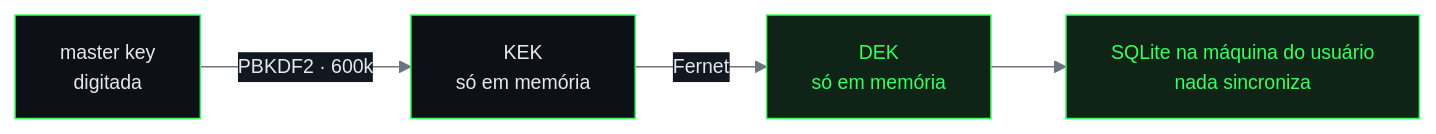
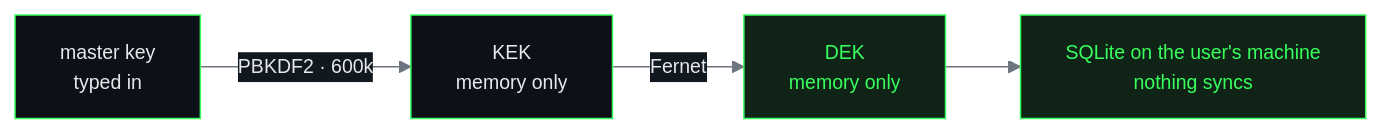
Before and after one commit to JonathanRibeiroSilva/JonathanRibeiroSilva: the second of 3 diagrams in README.md, drawn with Mermaid. The commit also changed other lines of this file and 6 other files, not shown here.

````diff
--- a/README.md
+++ b/README.md
@@ -251,9 +218,9 @@
 ```mermaid
 %%{init:{'theme':'base','themeVariables':{'primaryColor':'#0D1117','primaryTextColor':'#E6E8EC','primaryBorderColor':'#39FF5E','lineColor':'#6E7581','secondaryColor':'#111820','tertiaryColor':'#111820','clusterBkg':'#0A0E13','clusterBorder':'#2A3138','fontFamily':'ui-monospace, monospace','fontSize':'13px'}}}%%
 flowchart LR
-  MK["master key<br/>digitada"] -- "PBKDF2 · 600k" --> KEK["KEK<br/>só em memória"]
-  KEK -- "Fernet" --> DEK["DEK<br/>só em memória"]
-  DEK --> DB["SQLite na máquina do usuário<br/>nada sincroniza"]
+  MK["master key<br/>typed in"] -- "PBKDF2 · 600k" --> KEK["KEK<br/>memory only"]
+  KEK -- "Fernet" --> DEK["DEK<br/>memory only"]
+  DEK --> DB["SQLite on the user's machine<br/>nothing syncs"]
   style DEK fill:#0F2417,stroke:#39FF5E,color:#39FF5E
   style DB fill:#0F2417,stroke:#39FF5E,color:#39FF5E
 ```
````
